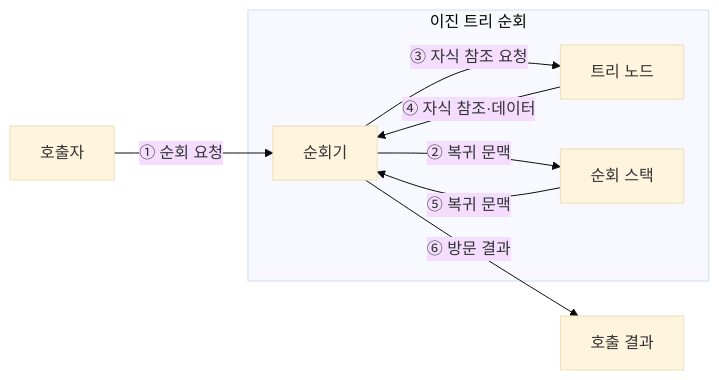
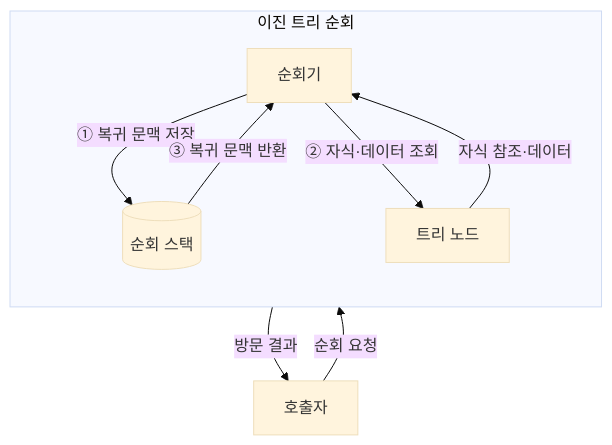
Before and after one commit to agnusdei1207/knowledge-base: the second of 3 diagrams in src/content/docs/notes/01-basic-theory/009_binary_tree_traversal.md, drawn with Mermaid (base theme). The commit also changed other lines of this file and 18 other files, not shown here.

Commit message:
docs: revise basic theory notes 001-020 diagrams

````diff
--- a/src/content/docs/notes/01-basic-theory/009_binary_tree_traversal.md
+++ b/src/content/docs/notes/01-basic-theory/009_binary_tree_traversal.md
@@ -64,14 +79,16 @@
 ```mermaid
-flowchart LR
-    C[호출자] -->|① 순회 요청| V
+flowchart TB
+    Q[호출자]
     subgraph T[이진 트리 순회]
+        direction TB
         V[순회기]
         N[트리 노드]
-        S[순회 스택]
-        V -->|② 복귀 문맥| S
-        V -->|③ 자식 참조 요청| N
-        N -->|④ 자식 참조·데이터| V
-        S -->|⑤ 복귀 문맥| V
+        S[(순회 스택)]
+        V -->|① 복귀 문맥 저장| S
+        V -->|② 자식·데이터 조회| N
+        N -->|자식 참조·데이터| V
+        S -->|③ 복귀 문맥 반환| V
     end
-    V -->|⑥ 방문 결과| O[호출 결과]
+    Q -->|순회 요청| V
+    V -->|방문 결과| Q
 ```
````
